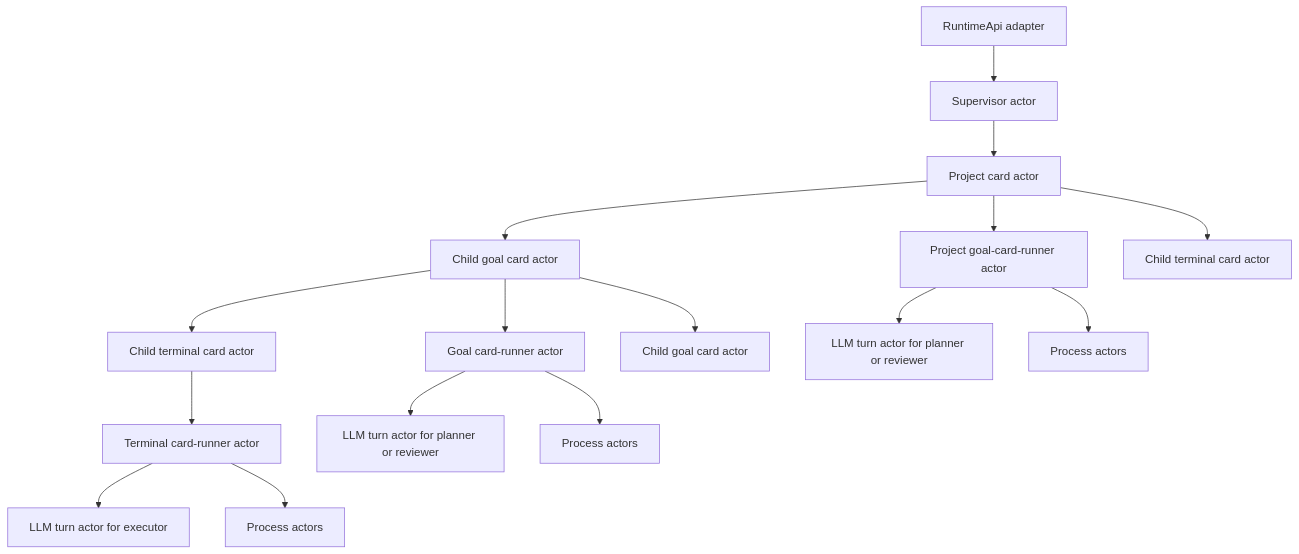
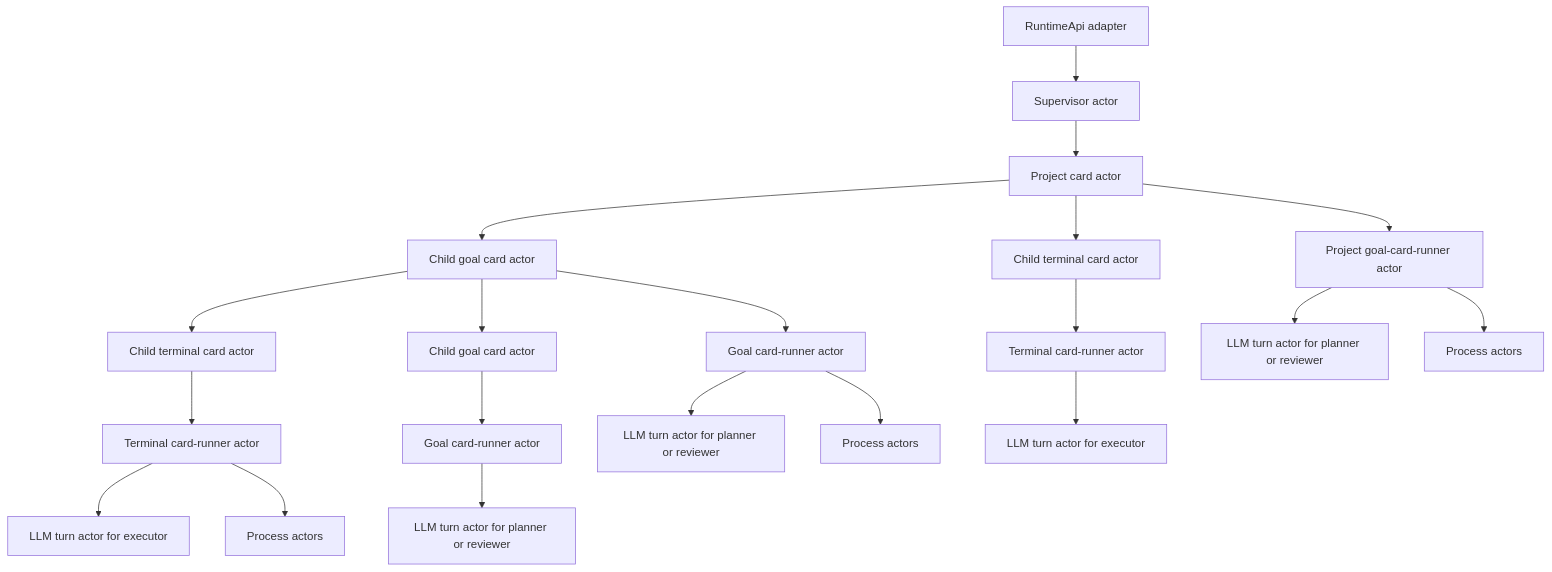
One commit to salva/saivage-v3 changed the diagram in docs/architecture/xstate-runtime-core.md. Above: the diagram before and after it, drawn with Mermaid. The commit also changed other lines of this file, not shown here.

Commit message:
docs: show recursive card runner actors

````diff
--- a/docs/architecture/xstate-runtime-core.md
+++ b/docs/architecture/xstate-runtime-core.md
@@ -64,22 +64,26 @@
 ```mermaid
 graph TD
   api[RuntimeApi adapter] --> supervisor[Supervisor actor]
   supervisor --> project[Project card actor]
 
   project --> projectRunner[Project goal-card-runner actor]
   project --> goal[Child goal card actor]
   project --> terminalSibling[Child terminal card actor]
+  terminalSibling --> terminalSiblingRunner[Terminal card-runner actor]
 
   goal --> goalRunner[Goal card-runner actor]
   goal --> terminal[Child terminal card actor]
   goal --> nestedGoal[Child goal card actor]
+  nestedGoal --> nestedGoalRunner[Goal card-runner actor]
 
   terminal --> terminalRunner[Terminal card-runner actor]
 
   projectRunner --> plannerTurn[LLM turn actor for planner or reviewer]
   projectRunner --> plannerProcess[Process actors]
   goalRunner --> goalTurn[LLM turn actor for planner or reviewer]
   goalRunner --> goalProcess[Process actors]
+  nestedGoalRunner --> nestedGoalTurn[LLM turn actor for planner or reviewer]
   terminalRunner --> executorTurn[LLM turn actor for executor]
   terminalRunner --> terminalProcess[Process actors]
+  terminalSiblingRunner --> siblingExecutorTurn[LLM turn actor for executor]
 ```
````
